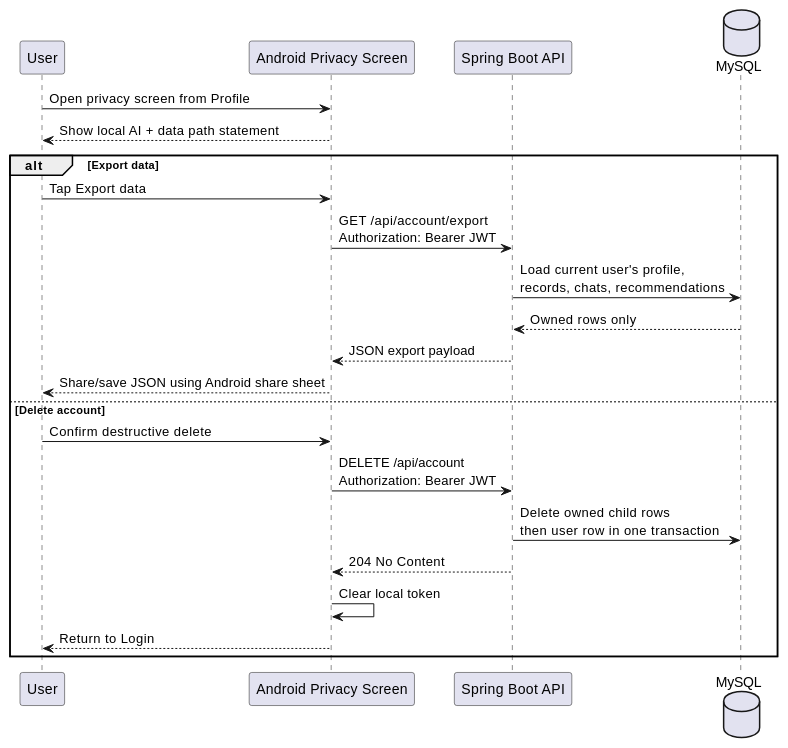
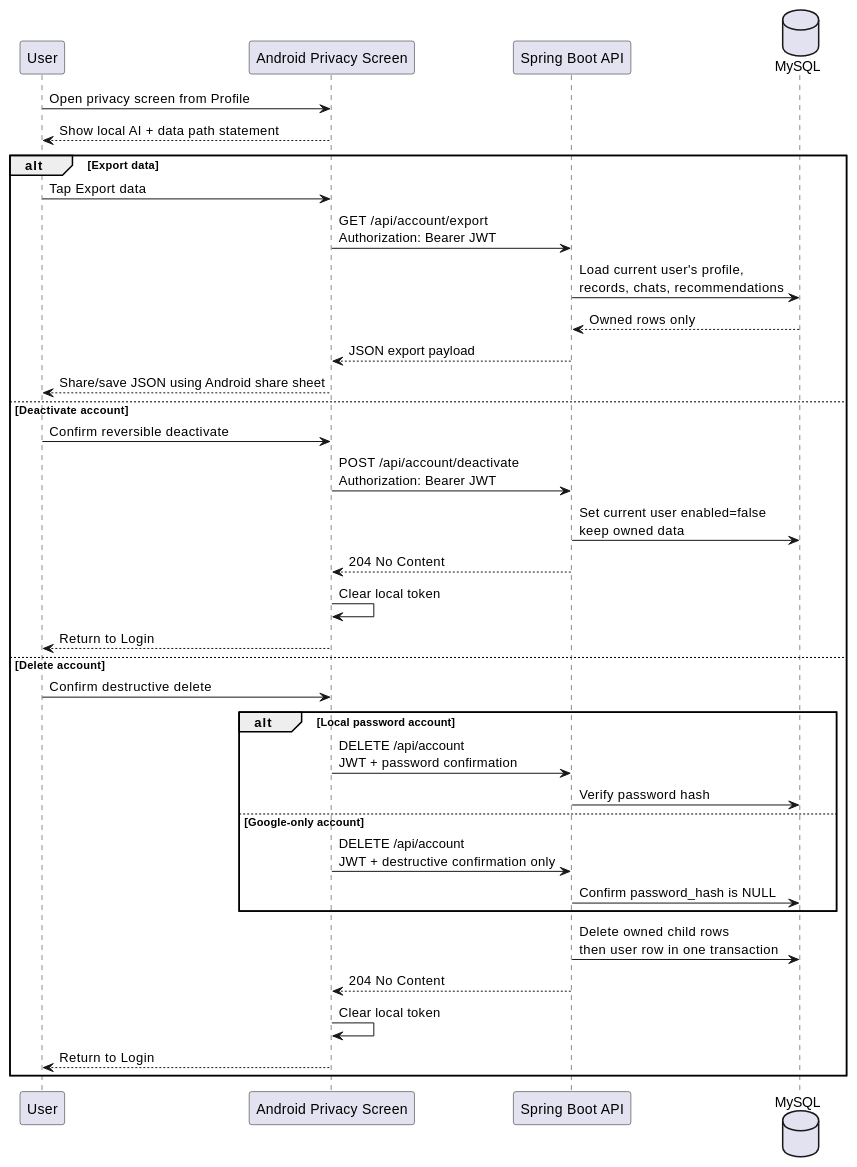
Before and after one commit to SA62-team4/mobile-application-dev-ca: the ninth of 9 diagrams in docs/specs/04-plan-system-architecture.md, drawn with PlantUML. The commit also changed other lines of this file and 33 other files, not shown here.

First line of the commit message:
Implement Google privacy account controls

````diff
--- a/docs/specs/04-plan-system-architecture.md
+++ b/docs/specs/04-plan-system-architecture.md
@@ -332,27 +362,40 @@
 ```plantuml
 @startuml
 participant User as U
 participant "Android Privacy Screen" as A
 participant "Spring Boot API" as B
 database "MySQL" as D
 
 U -> A: Open privacy screen from Profile
 A --> U: Show local AI + data path statement
 
 alt Export data
   U -> A: Tap Export data
   A -> B: GET /api/account/export\nAuthorization: Bearer JWT
   B -> D: Load current user's profile,\nrecords, chats, recommendations
   D --> B: Owned rows only
   B --> A: JSON export payload
   A --> U: Share/save JSON using Android share sheet
+else Deactivate account
+  U -> A: Confirm reversible deactivate
+  A -> B: POST /api/account/deactivate\nAuthorization: Bearer JWT
+  B -> D: Set current user enabled=false\nkeep owned data
+  B --> A: 204 No Content
+  A -> A: Clear local token
+  A --> U: Return to Login
 else Delete account
   U -> A: Confirm destructive delete
-  A -> B: DELETE /api/account\nAuthorization: Bearer JWT
+  alt Local password account
+    A -> B: DELETE /api/account\nJWT + password confirmation
+    B -> D: Verify password hash
+  else Google-only account
+    A -> B: DELETE /api/account\nJWT + destructive confirmation only
+    B -> D: Confirm password_hash is NULL
+  end
   B -> D: Delete owned child rows\nthen user row in one transaction
   B --> A: 204 No Content
   A -> A: Clear local token
   A --> U: Return to Login
 end
 @enduml
 ```
````
